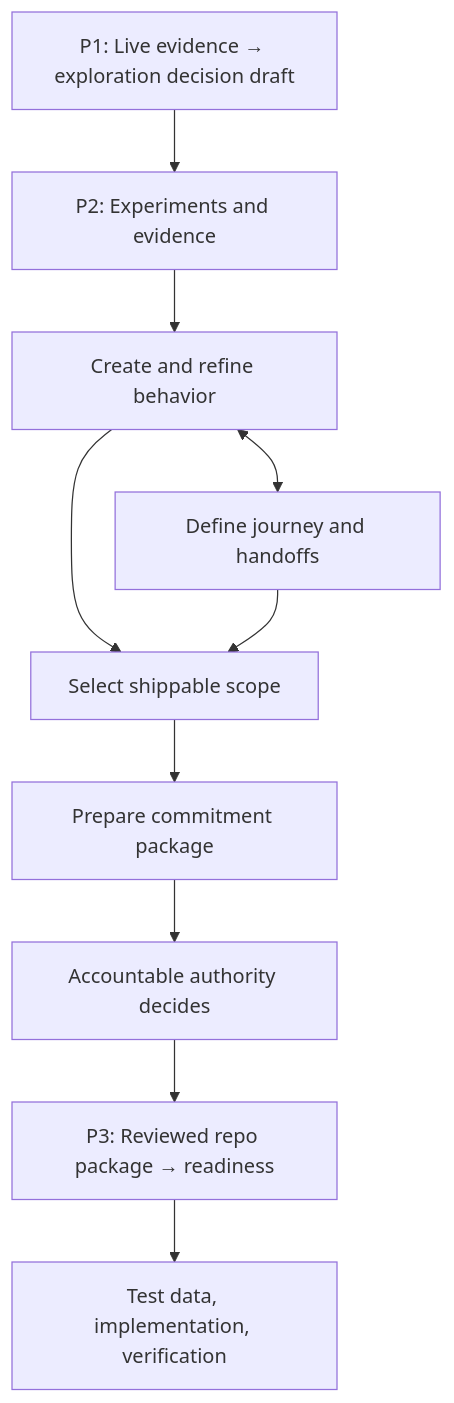
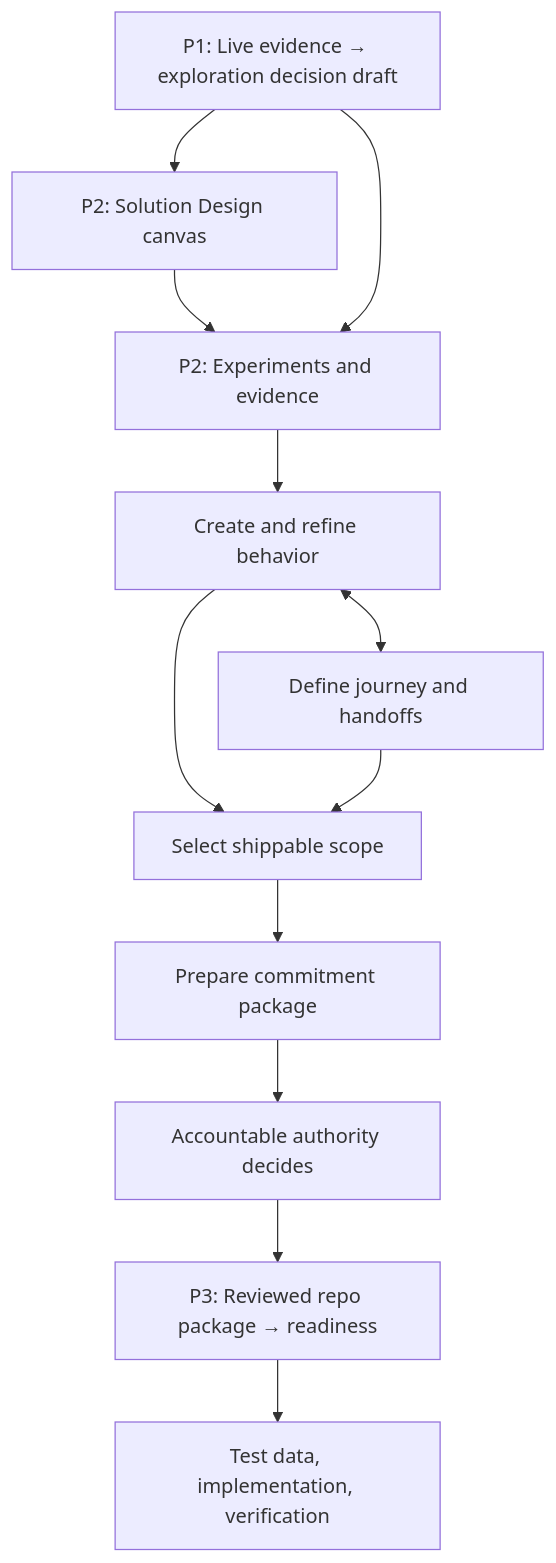
The diagram in docs/workflow.md (Accelerated-Innovation/aipos-plugins), drawn with Mermaid before and after one commit. The commit also changed other lines of this file and 39 other files, not shown here.

First line of the commit message:
Feat/aipos solution design (#36)

````diff
--- a/docs/workflow.md
+++ b/docs/workflow.md
@@ -7,12 +7,14 @@
 ```mermaid
 flowchart TD
-    P["P1: Live evidence → exploration decision draft"] --> V["P2: Experiments and evidence"]
+    P["P1: Live evidence → exploration decision draft"] --> SD["P2: Solution Design canvas"]
+    SD --> V["P2: Experiments and evidence"]
+    P --> V
     V --> B["Create and refine behavior"]
     B <--> J["Define journey and handoffs"]
     B --> S["Select shippable scope"]
     J --> S
     S --> C["Prepare commitment package"]
     C --> A["Accountable authority decides"]
     A --> R["P3: Reviewed repo package → readiness"]
     R --> D["Test data, implementation, verification"]
 ```
````
